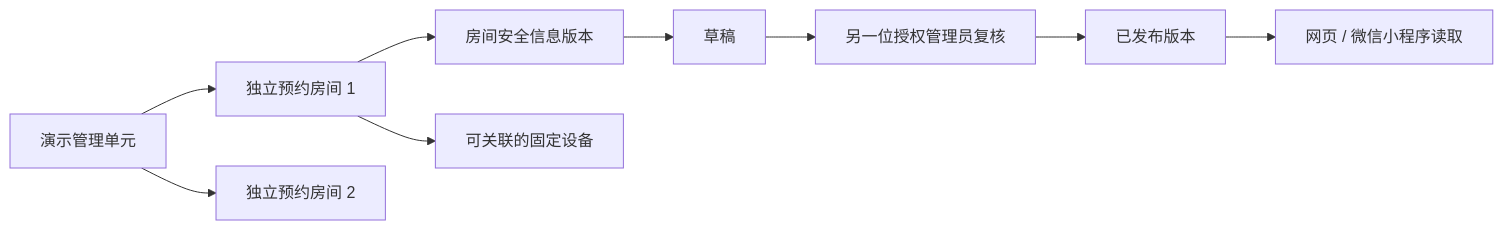
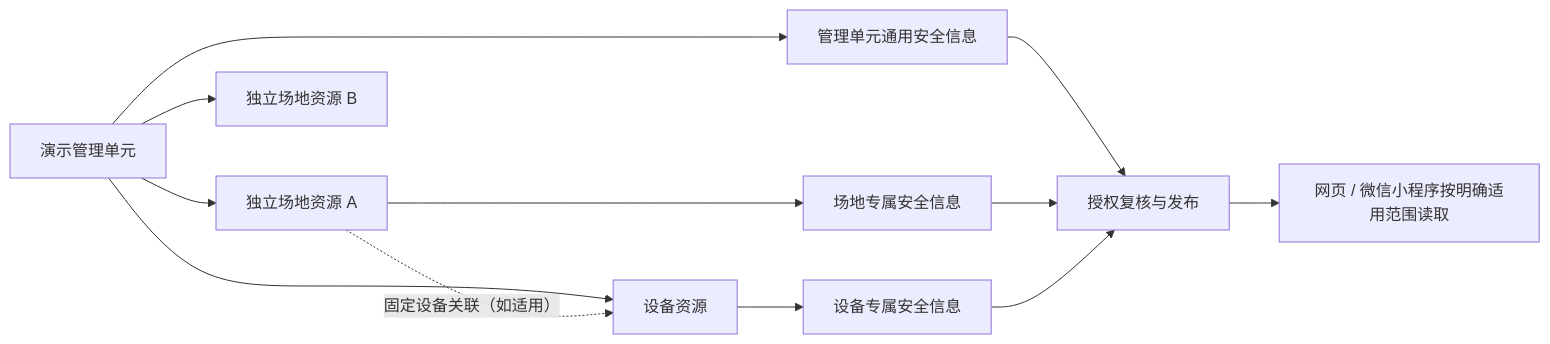
Before and after one commit to yvming67-gif/campus-lab-equipment-manager: the diagram in README.md, drawn with Mermaid. The commit also changed other lines of this file and 11 other files, not shown here.

````diff
--- a/README.md
+++ b/README.md
@@ -18,11 +18,14 @@
 ```mermaid
 flowchart LR
-  A[演示管理单元] --> B[独立预约房间 1]
-  A --> C[独立预约房间 2]
-  B --> D[房间安全信息版本]
-  D --> E[草稿]
-  E --> F[另一位授权管理员复核]
-  F --> G[已发布版本]
-  G --> H[网页 / 微信小程序读取]
-  B --> I[可关联的固定设备]
+  A[演示管理单元] --> B[独立场地资源 A]
+  A --> C[独立场地资源 B]
+  A --> D[设备资源]
+  B -. 固定设备关联（如适用） .-> D
+  A --> E[管理单元通用安全信息]
+  B --> F[场地专属安全信息]
+  D --> G[设备专属安全信息]
+  E --> H[授权复核与发布]
+  F --> H
+  G --> H
+  H --> I[网页 / 微信小程序按明确适用范围读取]
 ```
````
